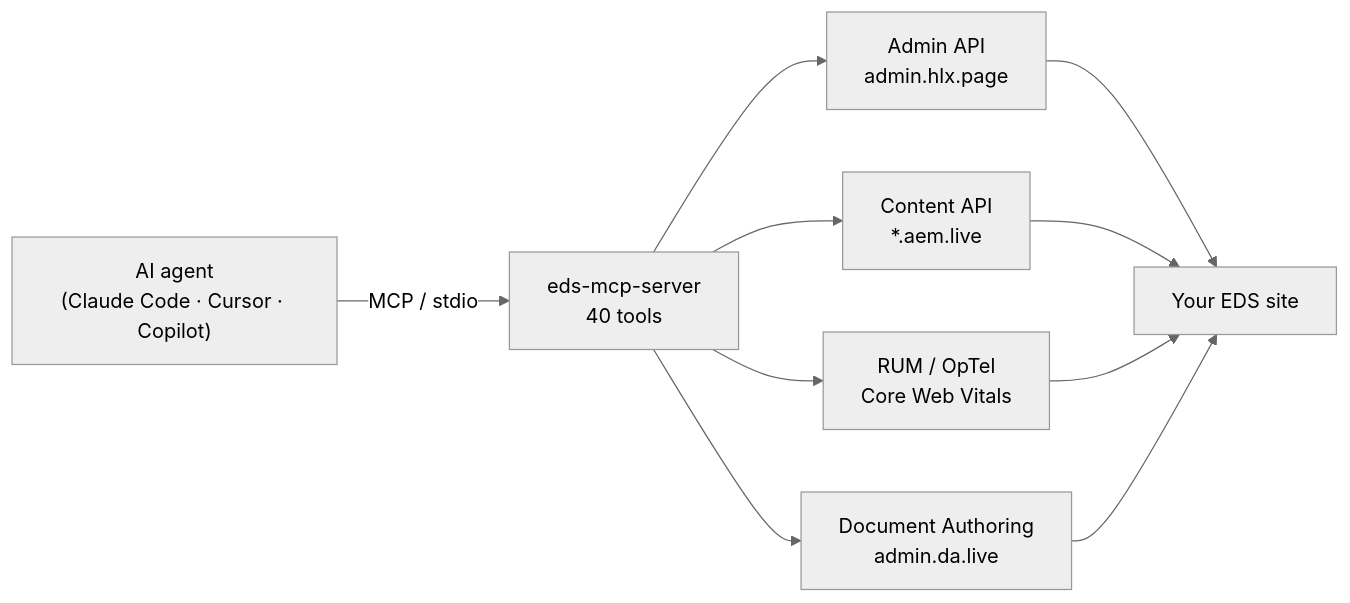
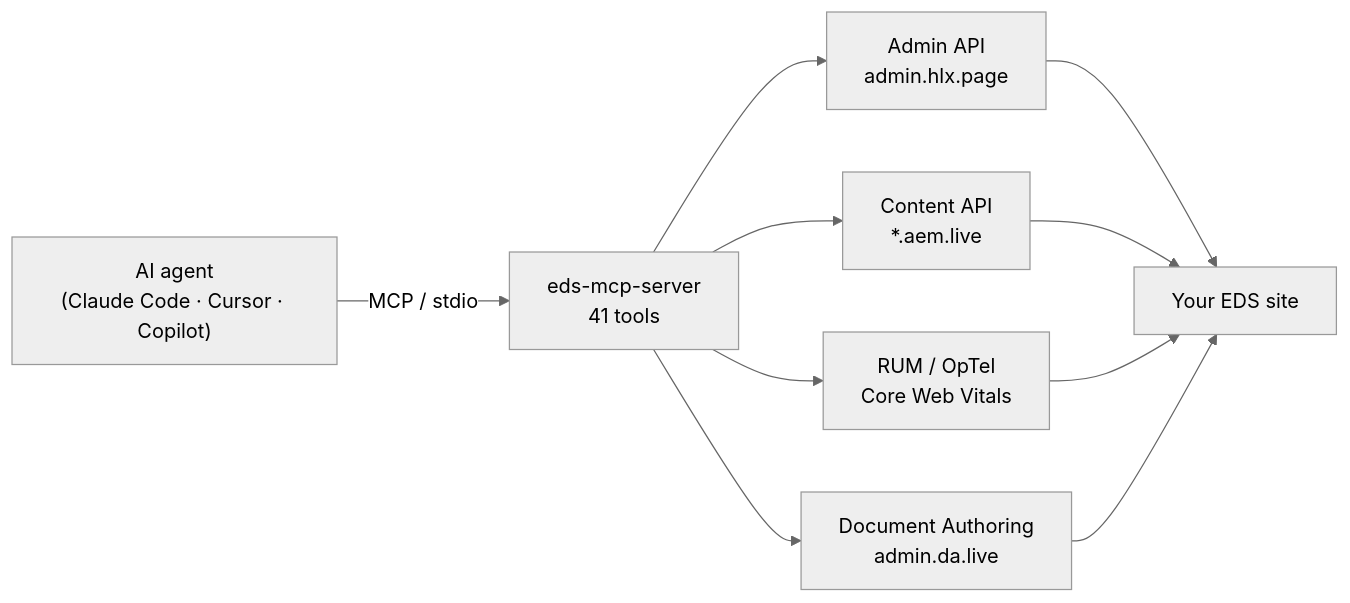
The second of 3 diagrams in README.md (Focus-GTS/eds-mcp-server), drawn with Mermaid (neutral theme) before and after one commit. The commit also changed other lines of this file and 10 other files, not shown here.

````diff
--- a/README.md
+++ b/README.md
@@ -57,12 +57,12 @@
 ```mermaid
 flowchart LR
-  A["AI agent<br/>(Claude Code · Cursor · Copilot)"] -- MCP / stdio --> B["eds-mcp-server<br/>40 tools"]
+  A["AI agent<br/>(Claude Code · Cursor · Copilot)"] -- MCP / stdio --> B["eds-mcp-server<br/>41 tools"]
   B --> C["Admin API<br/>admin.hlx.page"]
   B --> D["Content API<br/>*.aem.live"]
   B --> E["RUM / OpTel<br/>Core Web Vitals"]
   B --> G["Document Authoring<br/>admin.da.live"]
   C --> F["Your EDS site"]
   D --> F
   E --> F
   G --> F
 ```
````
